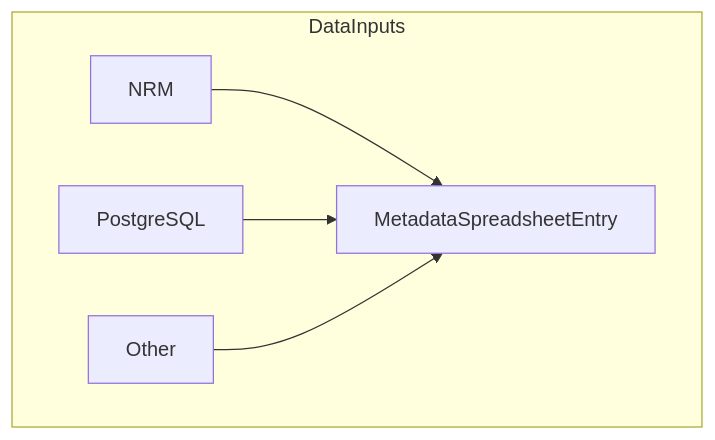
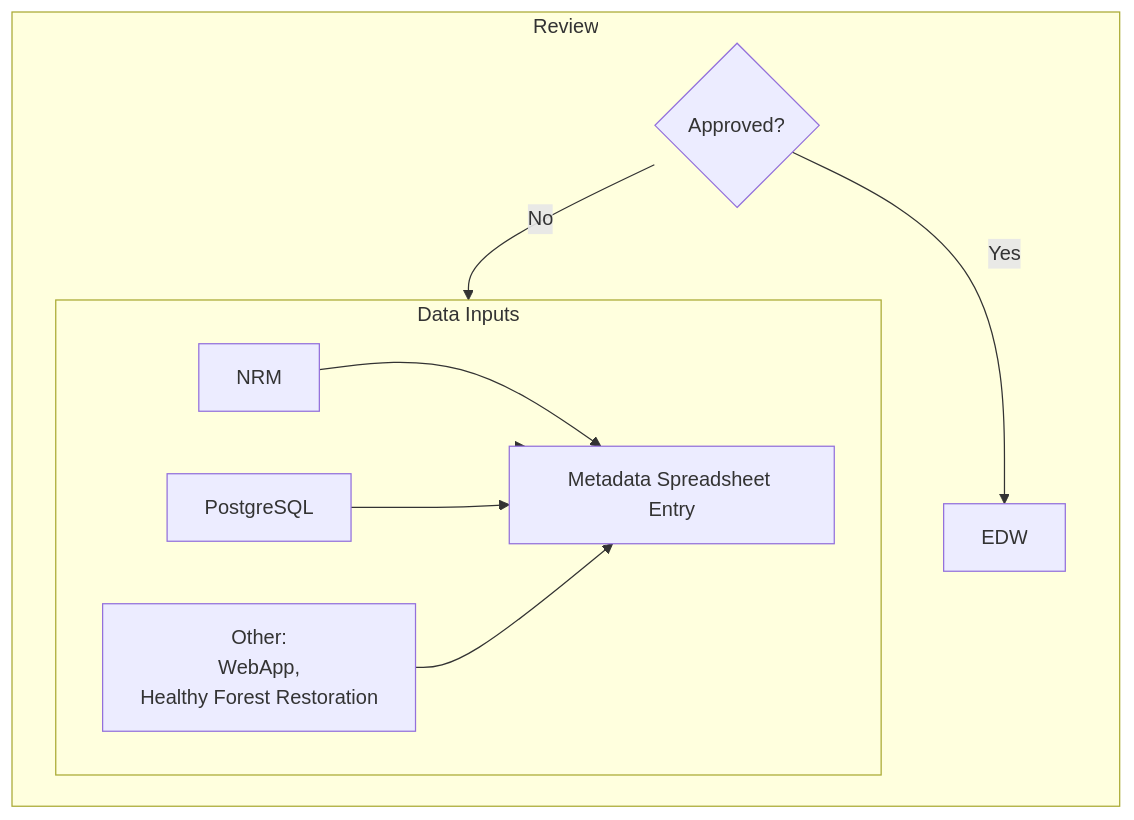
One commit to forestbytes/catalog changed the diagram in docs/metadata-architecture.md. Above: the diagram before and after it, drawn with Mermaid.

Commit message:
Basic architecture

````diff
--- a/docs/metadata-architecture.md
+++ b/docs/metadata-architecture.md
@@ -1,11 +1,23 @@
 ```mermaid
 
 flowchart TB
-  subgraph DataInputs
+  subgraph DataInputs[Data Inputs]
       direction LR
-      NRM --> MetadataSpreadsheetEntry
+      NRM --> MetadataSpreadsheetEntry[Metadata Spreadsheet Entry]
       PostgreSQL --> MetadataSpreadsheetEntry
-      Other --> MetadataSpreadsheetEntry
+      Other[
+        Other:
+        WebApp, 
+        Healthy Forest Restoration
+      ] --> MetadataSpreadsheetEntry
       MetadataSpreadsheetEntry
   end
+
+  subgraph Review
+    Approval@{shape: diamond, label: "Approved?"}
+    Approval --> |Yes| EDW
+    Approval --> |No| DataInputs
+  end
+
+  MetadataSpreadsheetEntry --> Review
 ```
````
